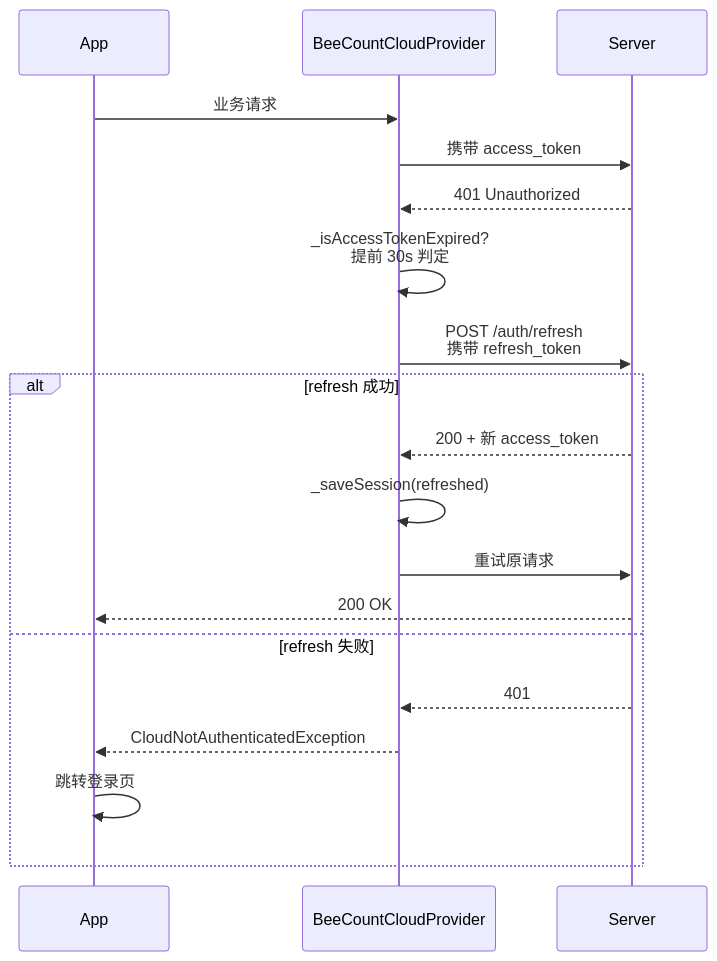
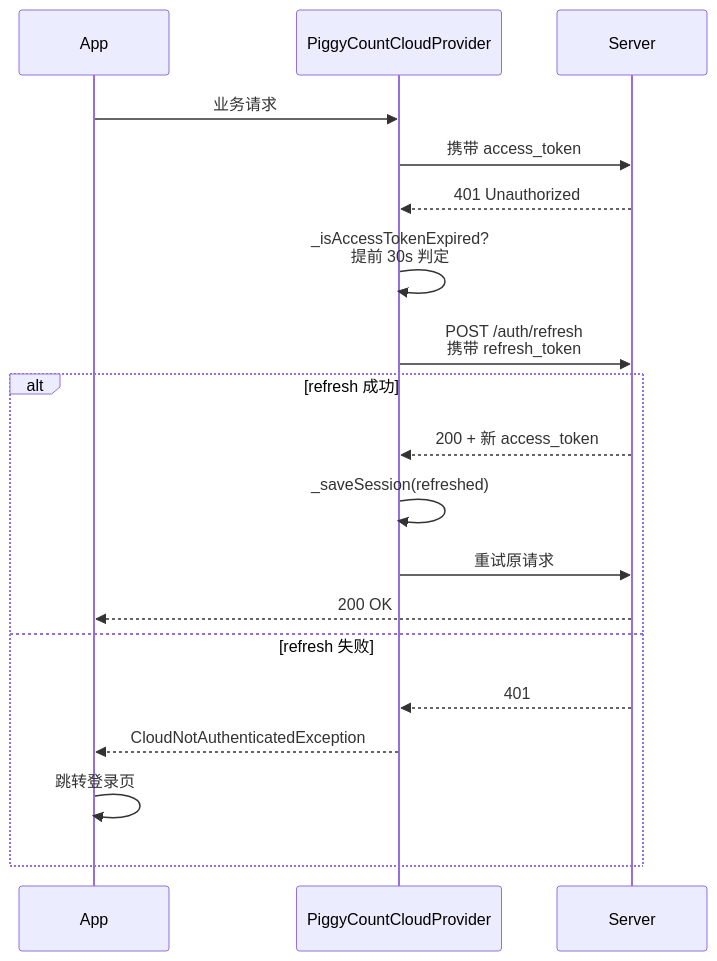
The second of 3 diagrams in docoments/12-security.md (mecoren/PiggyCount), drawn with Mermaid before and after one commit. The commit also changed other lines of this file and 91 other files, not shown here.

````diff
--- a/docoments/12-security.md
+++ b/docoments/12-security.md
@@ -361,22 +361,22 @@
 ```mermaid
 sequenceDiagram
     participant App
-    participant Provider as BeeCountCloudProvider
+    participant Provider as PiggyCountCloudProvider
     participant Server
 
     App->>Provider: 业务请求
     Provider->>Server: 携带 access_token
     Server-->>Provider: 401 Unauthorized
     Provider->>Provider: _isAccessTokenExpired?<br/>提前 30s 判定
     Provider->>Server: POST /auth/refresh<br/>携带 refresh_token
     alt refresh 成功
         Server-->>Provider: 200 + 新 access_token
         Provider->>Provider: _saveSession(refreshed)
         Provider->>Server: 重试原请求
         Server-->>App: 200 OK
     else refresh 失败
         Server-->>Provider: 401
         Provider-->>App: CloudNotAuthenticatedException
         App->>App: 跳转登录页
     end
 ```
````
